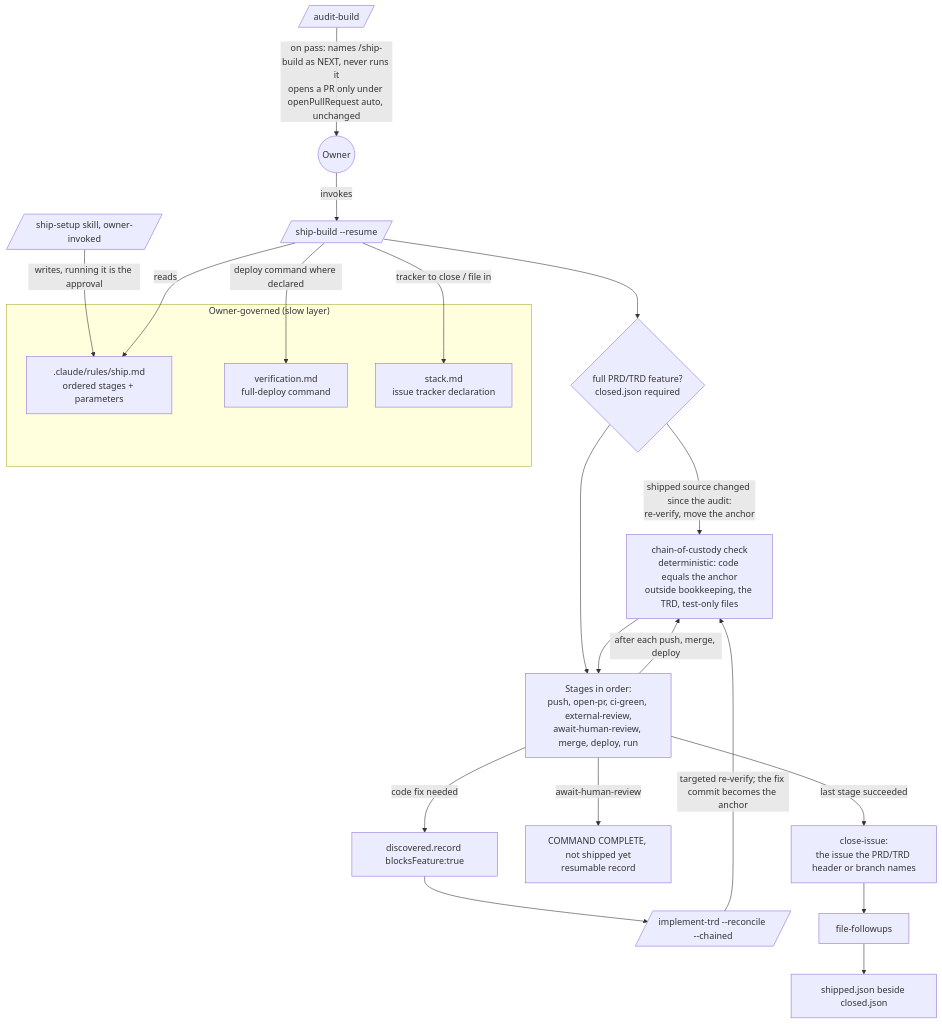
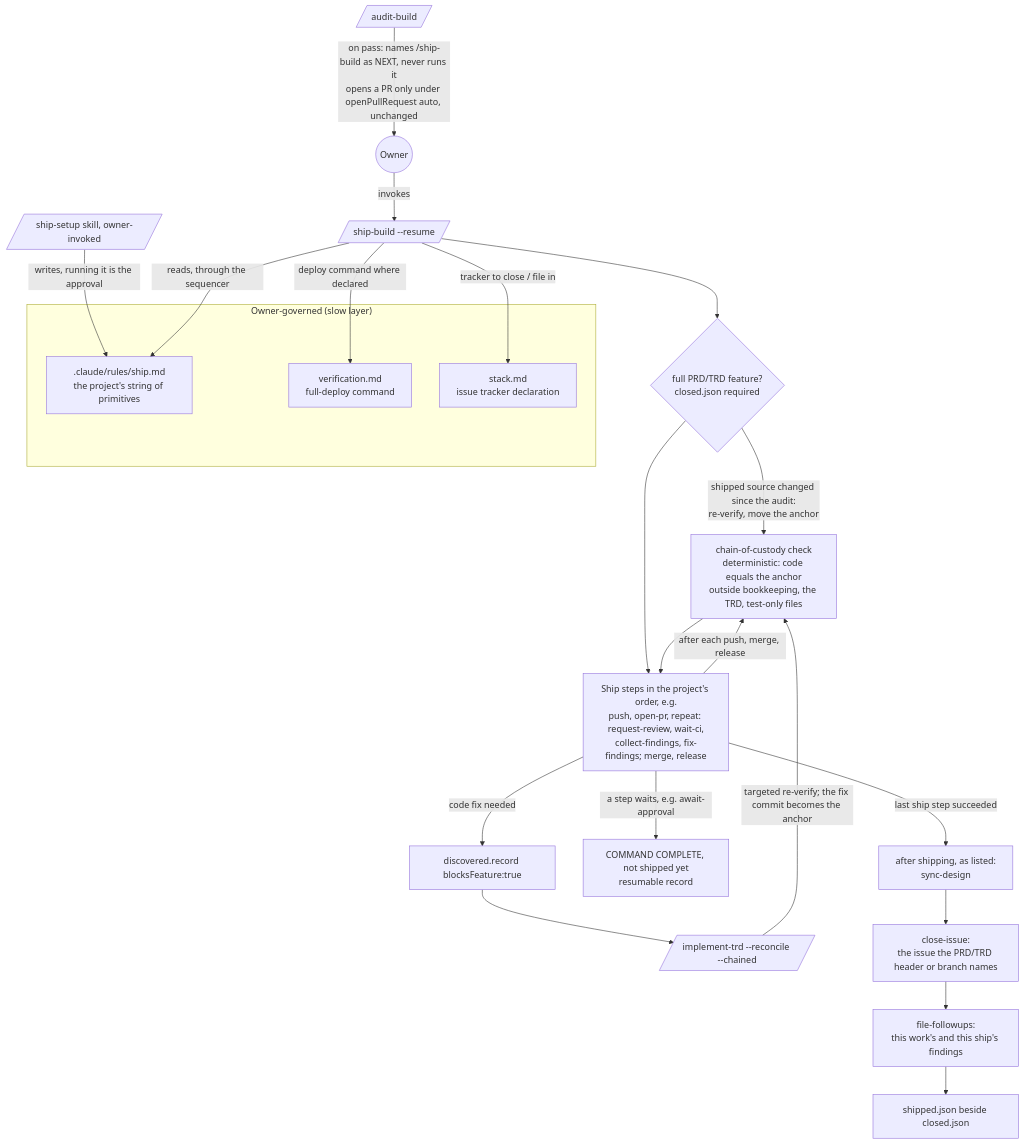
One commit to FortiumPartners/ensemble-vnext changed the first of 2 diagrams in docs/PRD/ship-build.md. Above: the diagram before and after it, drawn with Mermaid. The commit also changed other lines of this file, not shown here.

First line of the commit message:
docs(ship-build): PRD 2.2.0 — ruling J primitives and sequencer, J-1 to J-7

````diff
--- a/docs/PRD/ship-build.md
+++ b/docs/PRD/ship-build.md
@@ -117,27 +125,28 @@
 ```mermaid
 graph TB
     subgraph "Owner-governed (slow layer)"
-        SM[.claude/rules/ship.md<br/>ordered stages + parameters]
+        SM[.claude/rules/ship.md<br/>the project's string of primitives]
         VM[verification.md<br/>full-deploy command]
         ST[stack.md<br/>issue tracker declaration]
     end
     SU[/ship-setup skill, owner-invoked/] -->|writes, running it is the approval| SM
     AB[/audit-build/] -->|on pass: names /ship-build as NEXT, never runs it<br/>opens a PR only under openPullRequest auto, unchanged| OWN((Owner))
     OWN -->|invokes| SB[/ship-build --resume/]
-    SB -->|reads| SM
+    SB -->|reads, through the sequencer| SM
     SB -->|deploy command where declared| VM
     SB -->|tracker to close / file in| ST
     SB --> GATE{full PRD/TRD feature?<br/>closed.json required}
     MC[chain-of-custody check<br/>deterministic: code equals the anchor<br/>outside bookkeeping, the TRD, test-only files]
     GATE -->|shipped source changed since the audit:<br/>re-verify, move the anchor| MC
-    GATE --> STG[Stages in order:<br/>push, open-pr, ci-green, external-review,<br/>await-human-review, merge, deploy, run]
+    GATE --> STG[Ship steps in the project's order, e.g.<br/>push, open-pr, repeat: request-review, wait-ci,<br/>collect-findings, fix-findings; merge, release]
     STG -->|code fix needed| DISC[discovered.record blocksFeature:true]
     DISC --> REC[/implement-trd --reconcile --chained/]
     REC -->|targeted re-verify; the fix commit becomes the anchor| MC
-    STG -->|after each push, merge, deploy| MC
+    STG -->|after each push, merge, release| MC
     MC --> STG
-    STG -->|await-human-review| RR[COMMAND COMPLETE, not shipped yet<br/>resumable record]
-    STG -->|last stage succeeded| CI[close-issue:<br/>the issue the PRD/TRD header or branch names]
-    CI --> FF[file-followups]
+    STG -->|a step waits, e.g. await-approval| RR[COMMAND COMPLETE, not shipped yet<br/>resumable record]
+    STG -->|last ship step succeeded| SD[after shipping, as listed:<br/>sync-design]
+    SD --> CI[close-issue:<br/>the issue the PRD/TRD header or branch names]
+    CI --> FF[file-followups:<br/>this work's and this ship's findings]
     FF --> SJ[shipped.json beside closed.json]
 ```
````
